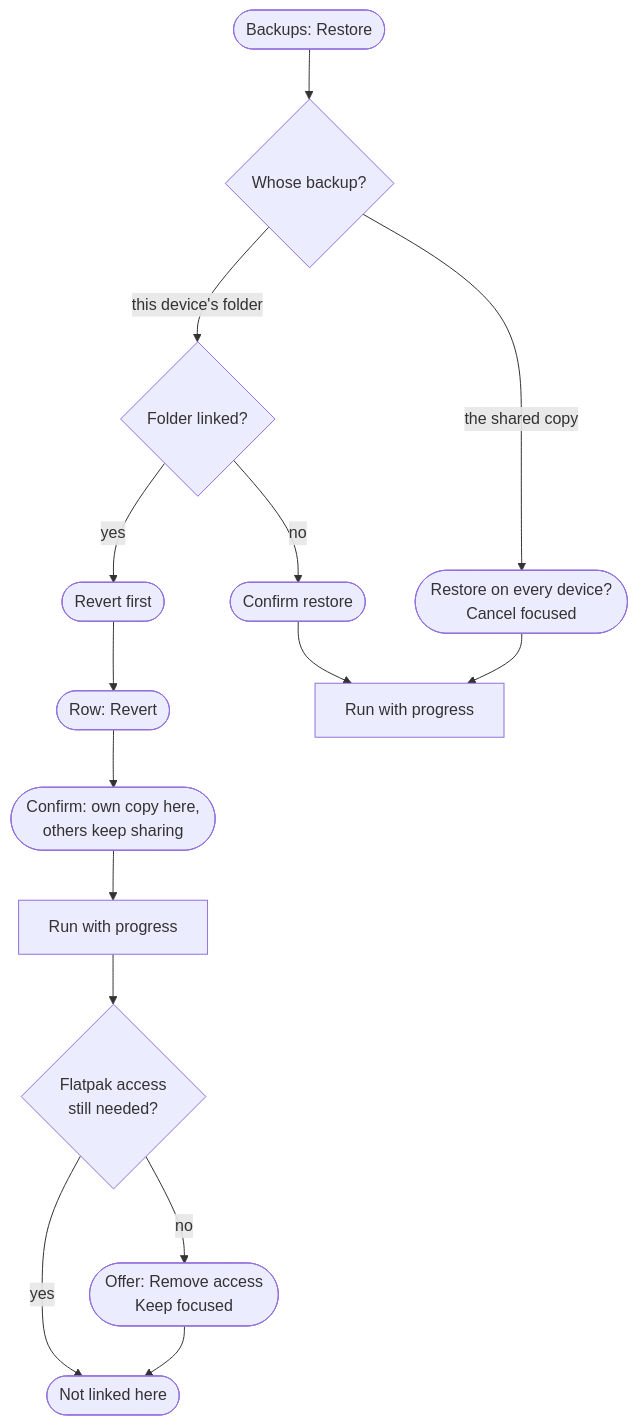
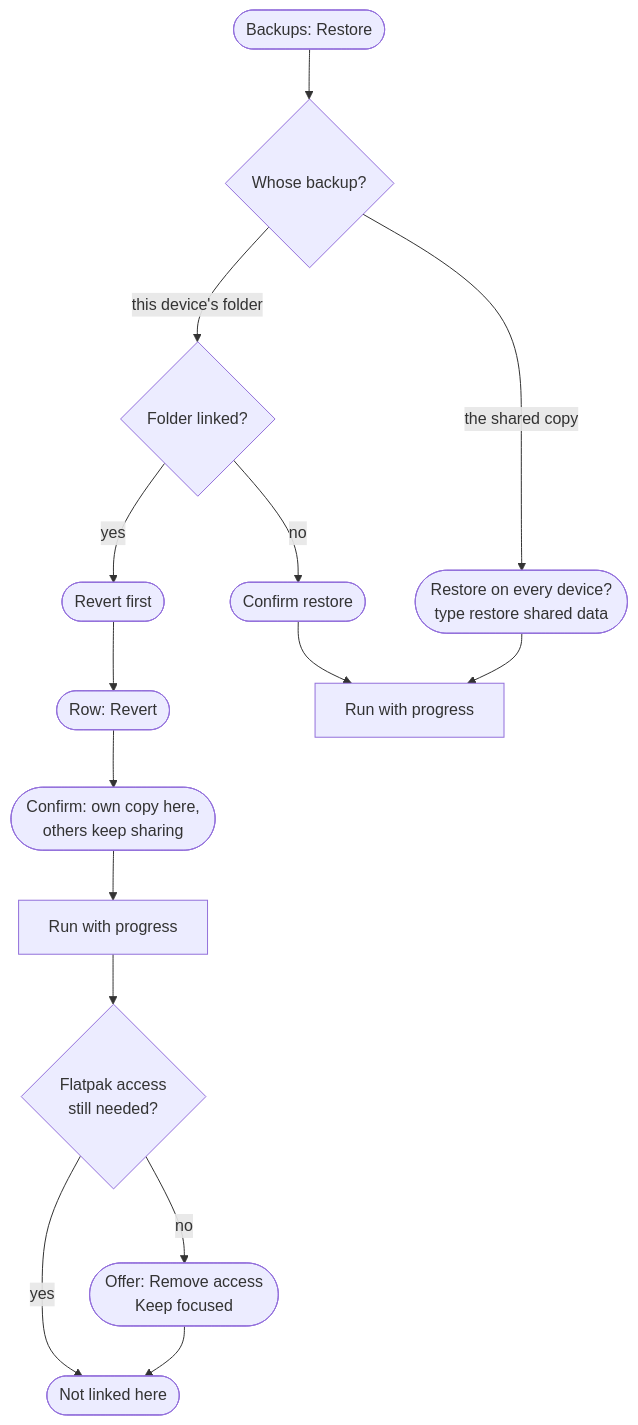
Before and after one commit to carlocgc/SaveTether: the fifth of 5 diagrams in docs/design/desktop-app-spec.md, drawn with Mermaid. The commit also changed other lines of this file and 6 other files, not shown here.

````diff
--- a/docs/design/desktop-app-spec.md
+++ b/docs/design/desktop-app-spec.md
@@ -535,14 +535,14 @@
 ```mermaid
 flowchart TD
   A(["Row: Revert"]) --> C1(["Confirm: own copy here,<br/>others keep sharing"])
   C1 --> R1["Run with progress"]
   R1 --> FG{"Flatpak access<br/>still needed?"}
   FG -- no --> RM(["Offer: Remove access<br/>Keep focused"])
   FG -- yes --> DONE(["Not linked here"])
   RM --> DONE
   B(["Backups: Restore"]) --> K{"Whose backup?"}
   K -- "this device's folder" --> L{"Folder linked?"}
   L -- yes --> RF(["Revert first"]) --> A
   L -- no --> C2(["Confirm restore"]) --> R2["Run with progress"]
-  K -- "the shared copy" --> C3(["Restore on every device?<br/>Cancel focused"]) --> R2
+  K -- "the shared copy" --> C3(["Restore on every device?<br/>type restore shared data"]) --> R2
 ```
````
